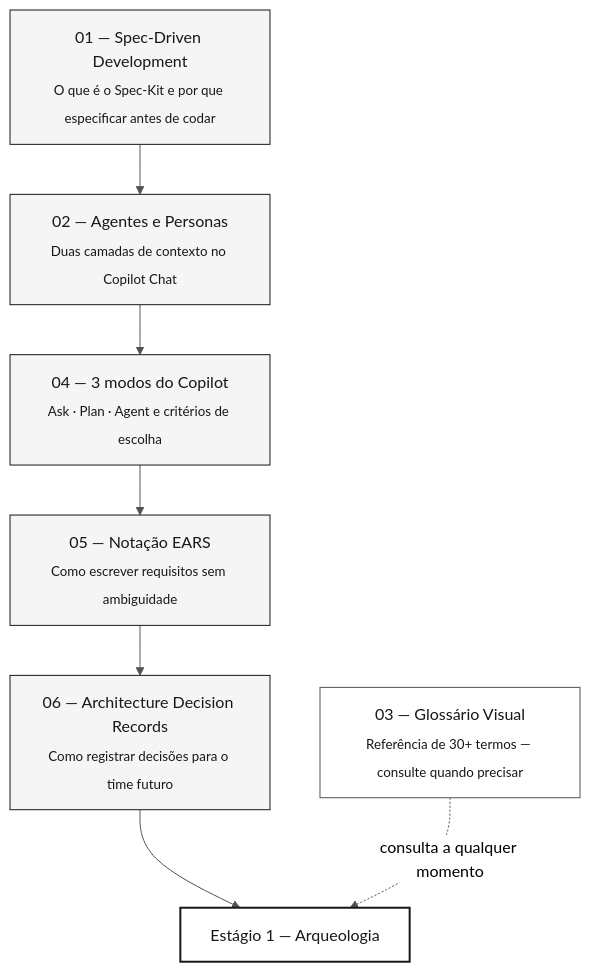
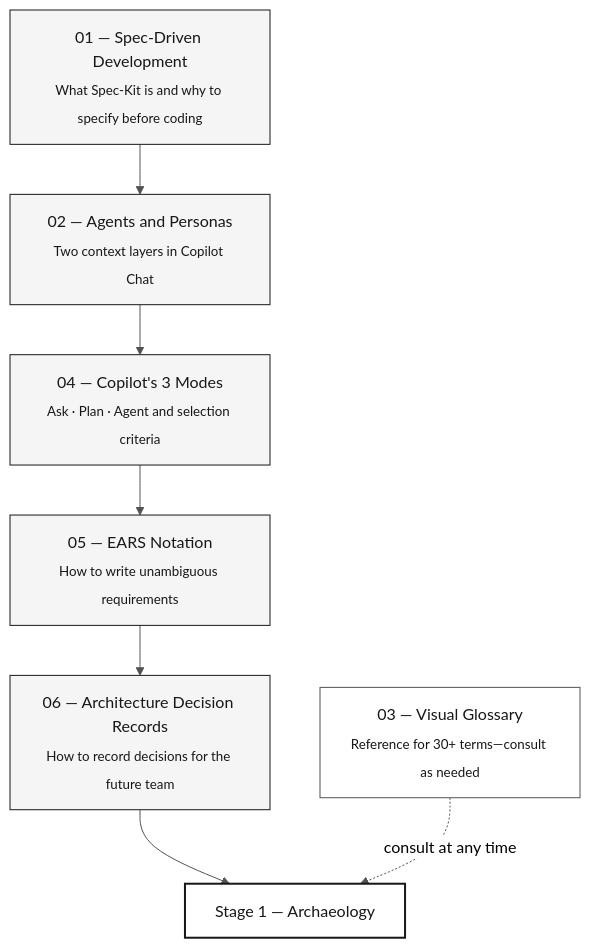
The diagram in 07-conceitos/00-README.md (paulasilvatech/datacorp-mm-team-kit), drawn with Mermaid before and after one commit. The commit also changed other lines of this file and 163 other files, not shown here.

````diff
--- a/07-conceitos/00-README.md
+++ b/07-conceitos/00-README.md
@@ -34,18 +34,18 @@
 ```mermaid
 %%{init: {'theme':'neutral','themeVariables':{'fontFamily':'ui-sans-serif, system-ui, sans-serif','primaryColor':'#F5F5F5','primaryTextColor':'#171717','primaryBorderColor':'#171717','lineColor':'#525252','secondaryColor':'#FFFFFF','tertiaryColor':'#FAFAFA','background':'#FFFFFF'}}}%%
 flowchart TD
     classDef step fill:#F5F5F5,stroke:#171717,color:#171717
     classDef tool fill:#FFFFFF,stroke:#525252,color:#171717
     classDef result fill:#FFFFFF,stroke:#171717,color:#171717,stroke-width:2px
 
-    A["01 — Spec-Driven Development<br/><sub>O que é o Spec-Kit e por que especificar antes de codar</sub>"]:::step
-    B["02 — Agentes e Personas<br/><sub>Duas camadas de contexto no Copilot Chat</sub>"]:::step
-    C["04 — 3 modos do Copilot<br/><sub>Ask · Plan · Agent e critérios de escolha</sub>"]:::step
-    D["03 — Glossário Visual<br/><sub>Referência de 30+ termos — consulte quando precisar</sub>"]:::tool
-    E["05 — Notação EARS<br/><sub>Como escrever requisitos sem ambiguidade</sub>"]:::step
-    F["06 — Architecture Decision Records<br/><sub>Como registrar decisões para o time futuro</sub>"]:::step
-    G["Estágio 1 — Arqueologia"]:::result
+    A["01 — Spec-Driven Development<br/><sub>What Spec-Kit is and why to specify before coding</sub>"]:::step
+    B["02 — Agents and Personas<br/><sub>Two context layers in Copilot Chat</sub>"]:::step
+    C["04 — Copilot's 3 Modes<br/><sub>Ask · Plan · Agent and selection criteria</sub>"]:::step
+    D["03 — Visual Glossary<br/><sub>Reference for 30+ terms—consult as needed</sub>"]:::tool
+    E["05 — EARS Notation<br/><sub>How to write unambiguous requirements</sub>"]:::step
+    F["06 — Architecture Decision Records<br/><sub>How to record decisions for the future team</sub>"]:::step
+    G["Stage 1 — Archaeology"]:::result
 
     A --> B --> C --> E --> F --> G
-    D -. "consulta a qualquer momento" .-> G
+    D -. "consult at any time" .-> G
 ```
````
